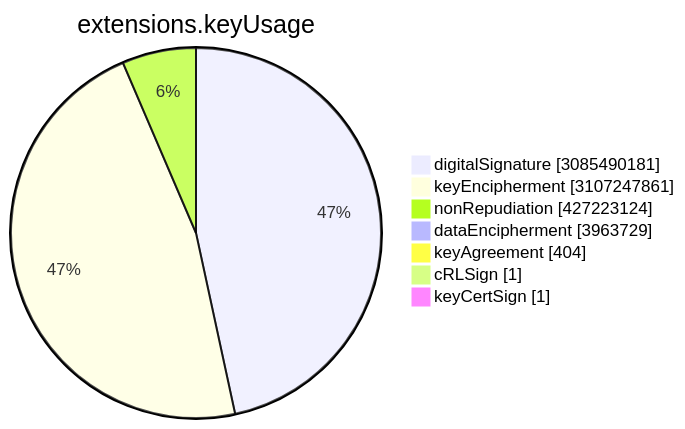
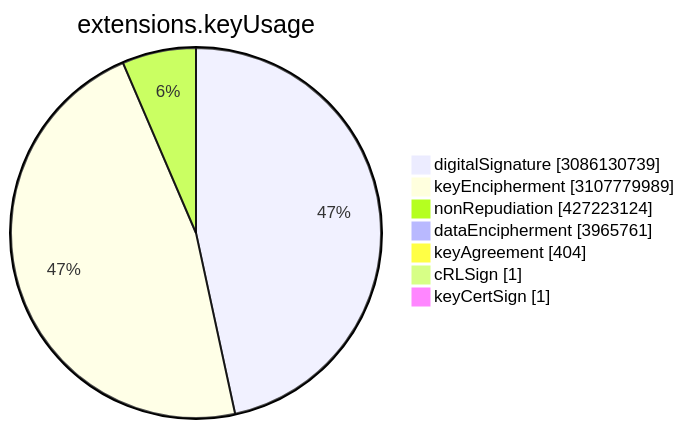
One commit to christiankrug/ctmonitor_visualization changed the sixth of 15 diagrams in TOTAL/README.md. Above: the diagram before and after it, drawn with Mermaid. The commit also changed other lines of this file, not shown here.

````diff
--- a/TOTAL/README.md
+++ b/TOTAL/README.md
@@ -3077,11 +3077,11 @@
 ```mermaid
 pie showData
 title extensions.keyUsage
-"digitalSignature" :3085490181
-"keyEncipherment" :3107247861
+"digitalSignature" :3086130739
+"keyEncipherment" :3107779989
 "nonRepudiation" :427223124
-"dataEncipherment" :3963729
+"dataEncipherment" :3965761
 "keyAgreement" :404
 "cRLSign" :1
 "keyCertSign" :1
 ```
````
